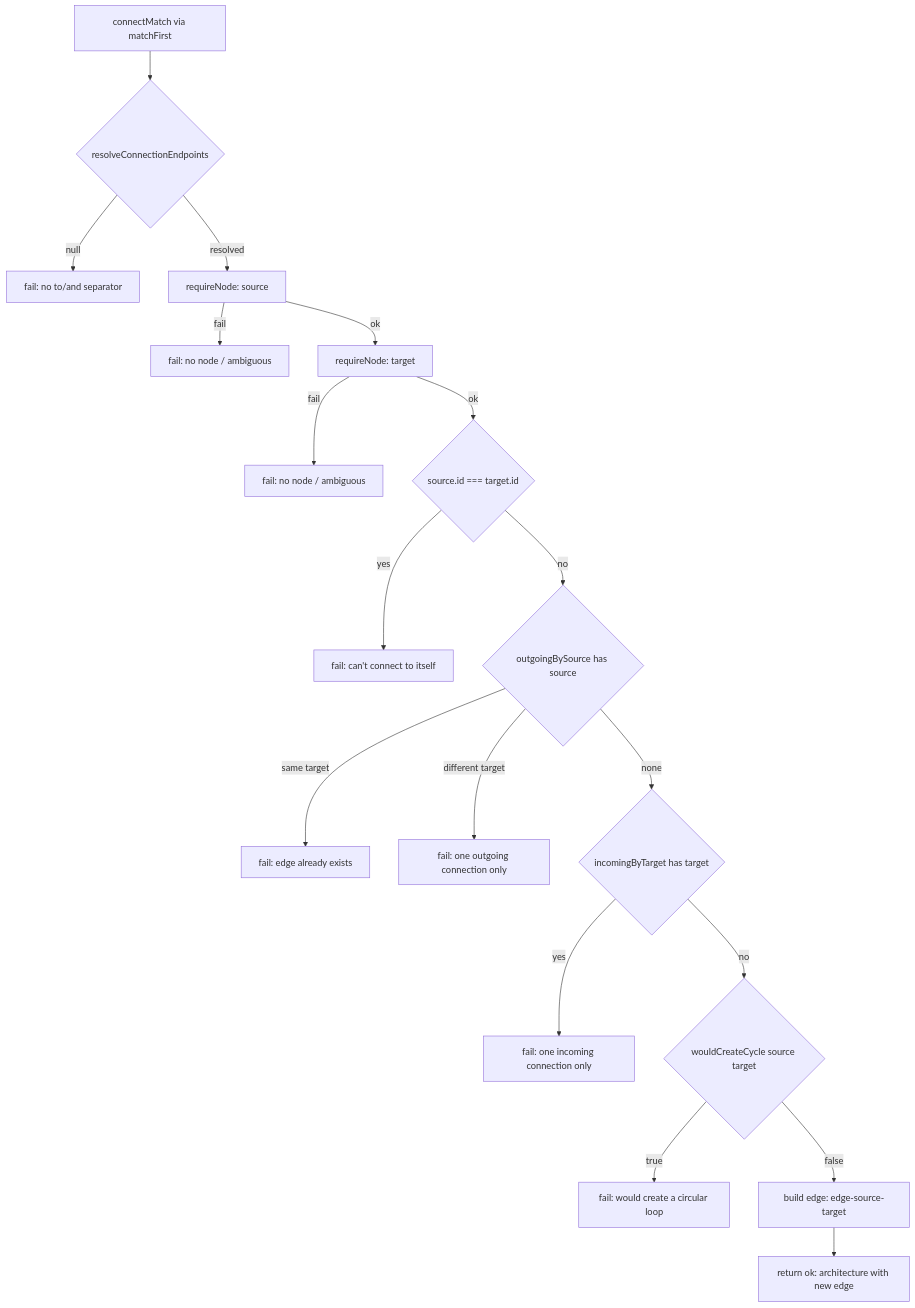
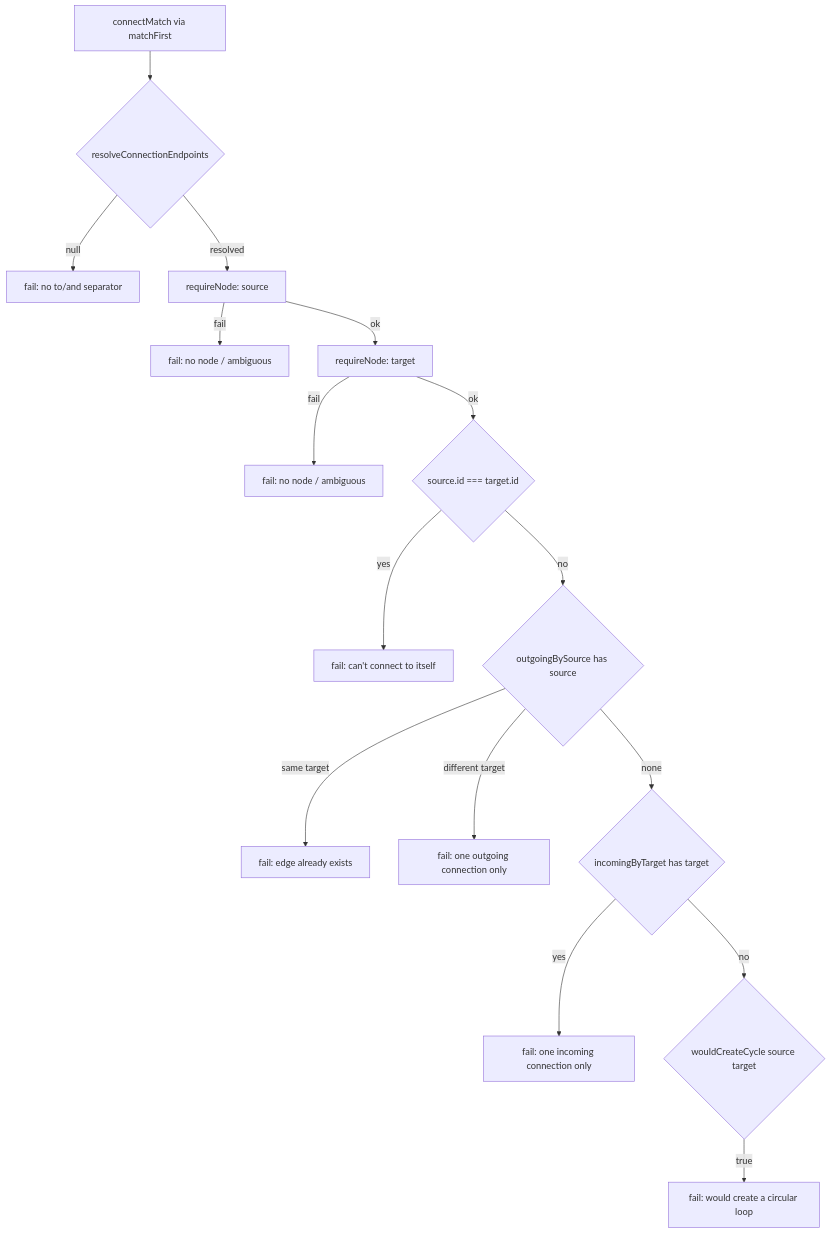
One commit to jgyy/architect-model changed the first of 2 diagrams in docs/categories/connect-add-edge.md. Above: the diagram before and after it, drawn with Mermaid. The commit also changed other lines of this file and 31 other files, not shown here.

Commit message:
docs: split mermaids into 2 for easier viewing (#52)

````diff
--- a/docs/categories/connect-add-edge.md
+++ b/docs/categories/connect-add-edge.md
@@ -7,20 +9,18 @@
 ```mermaid
 flowchart TD
     A[connectMatch via matchFirst] --> B{resolveConnectionEndpoints}
     B -- null --> B1[fail: no to/and separator]
     B -- resolved --> C[requireNode: source]
     C -- fail --> C1[fail: no node / ambiguous]
     C -- ok --> D[requireNode: target]
     D -- fail --> D1[fail: no node / ambiguous]
     D -- ok --> E{source.id === target.id}
     E -- yes --> E1[fail: can't connect to itself]
     E -- no --> F{outgoingBySource has source}
     F -- same target --> F1[fail: edge already exists]
     F -- different target --> F2[fail: one outgoing connection only]
     F -- none --> G{incomingByTarget has target}
     G -- yes --> G1[fail: one incoming connection only]
     G -- no --> H{wouldCreateCycle source target}
     H -- true --> H1[fail: would create a circular loop]
-    H -- false --> I[build edge: edge-source-target]
-    I --> J[return ok: architecture with new edge]
 ```
````
